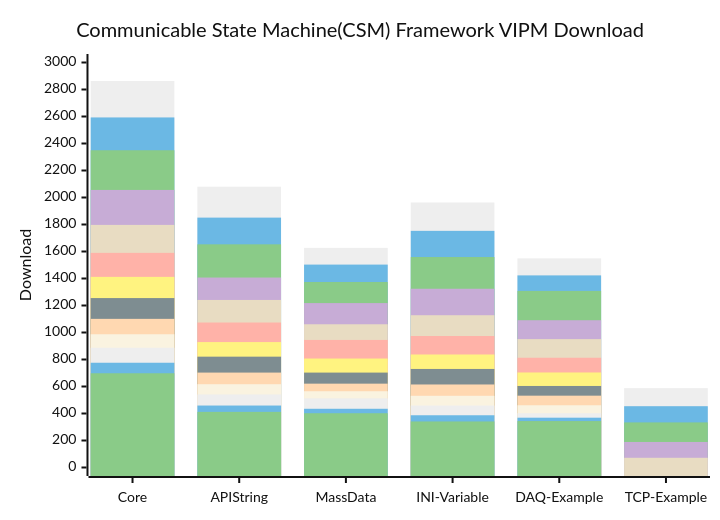
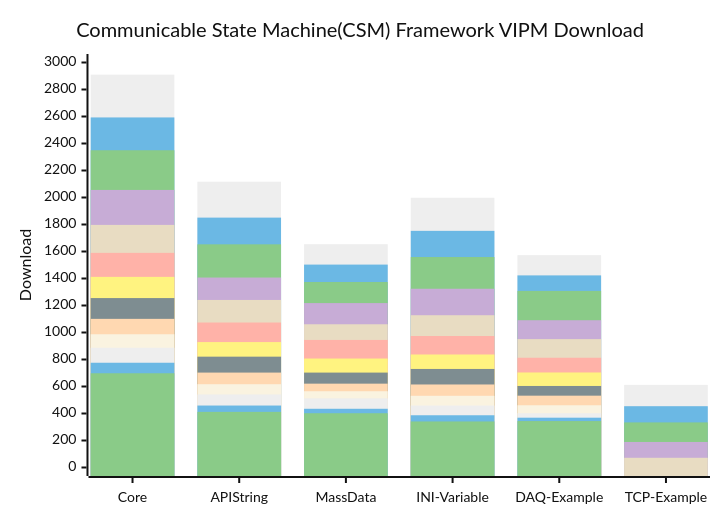
One commit to NEVSTOP-LAB/.github changed the diagram in profile/README.md. Above: the diagram before and after it, drawn with Mermaid (neutral theme).

````diff
--- a/profile/README.md
+++ b/profile/README.md
@@ -31,19 +31,19 @@
 ```mermaid
     xychart-beta
     title "Communicable State Machine(CSM) Framework VIPM Download"
     x-axis [Core, API String, MassData, INI-Variable, DAQ-Example, TCP-Example]
     y-axis "Download" 0 --> 3000
-    bar   [2863, 2080, 1627, 1963, 1549, 588]
+    bar   [2910, 2117, 1654, 1998, 1573, 612]
     bar   [2593, 1851, 1503, 1753, 1423, 454]
     bar   [2350, 1653, 1374, 1559, 1308, 334]
     bar   [2056, 1407, 1218, 1324, 1091, 189]
     bar   [1797, 1241, 1061, 1128, 951, 72]
     bar   [1590, 1074, 945, 974, 813]
     bar   [1412, 929, 807, 837, 704]
     bar   [1255, 821, 703, 730, 604]
     bar   [1101, 703, 621, 615, 532]
     bar   [987, 617, 565, 531, 461]
     bar   [887, 541, 512, 459, 402]
     bar   [776, 459, 435, 387, 369]
     bar   [698, 412, 402, 341, 344]
 ```
````
